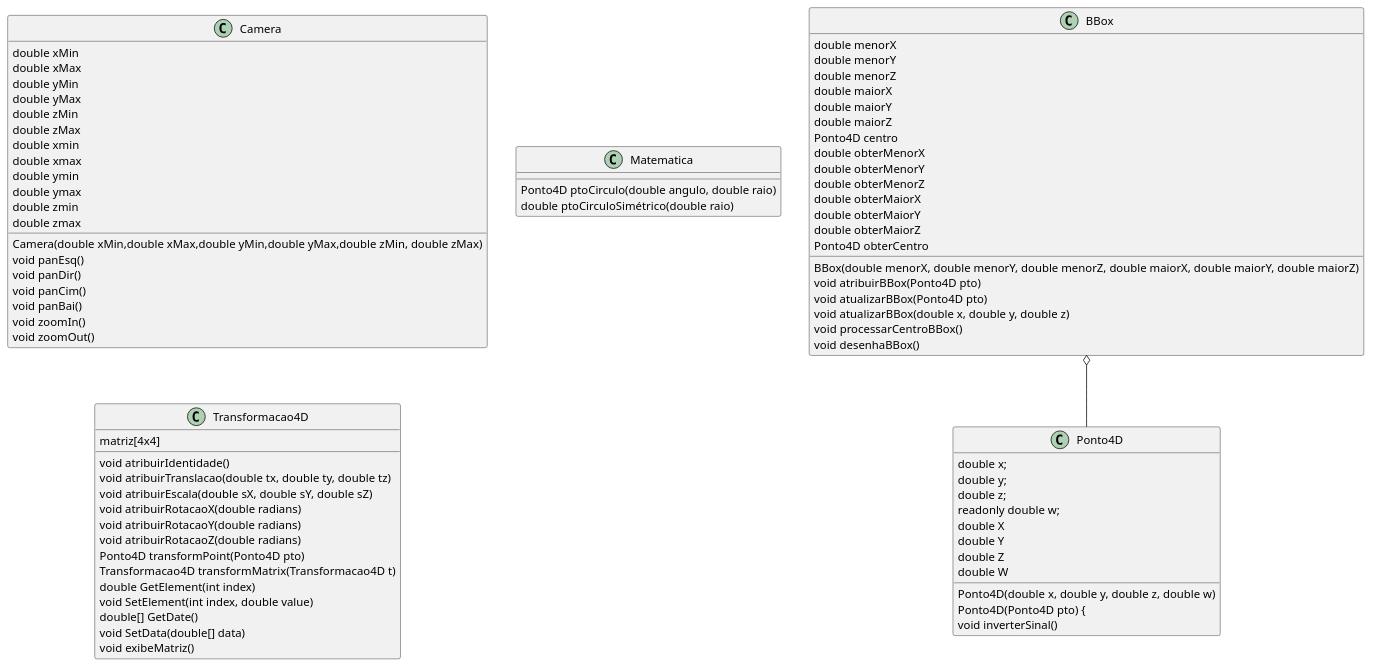
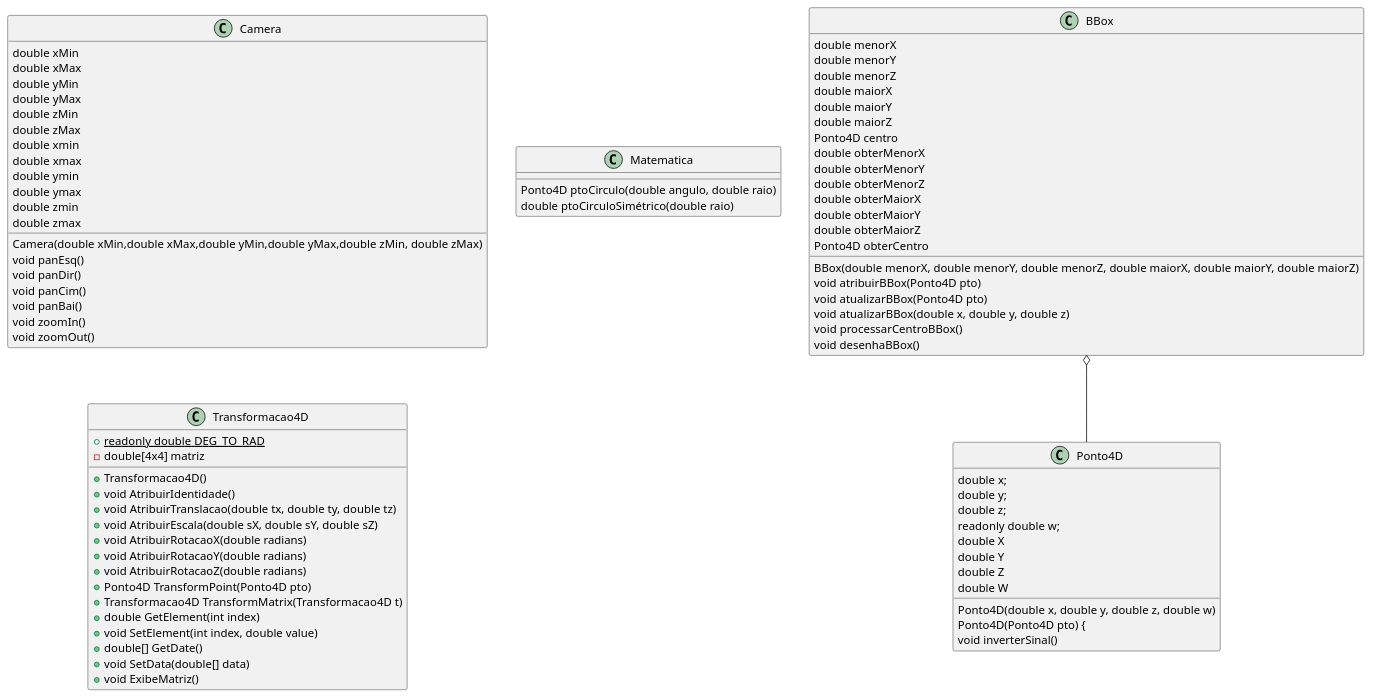
Before and after one commit to gustavospiess/gcg-cg: the diagram in CG_Biblioteca/docs/umlClasses.wsd, drawn with PlantUML. The commit also changed 1 other file, not shown here.

```diff
--- a/CG_Biblioteca/docs/umlClasses.wsd
+++ b/CG_Biblioteca/docs/umlClasses.wsd
@@ -2,75 +2,77 @@
 @startuml CG_Biblioteca
 
 BBox : double menorX
 BBox : double menorY
 BBox : double menorZ
 BBox : double maiorX
 BBox : double maiorY
 BBox : double maiorZ
 BBox : Ponto4D centro
 BBox : BBox(double menorX, double menorY, double menorZ, double maiorX, double maiorY, double maiorZ)
 BBox : void atribuirBBox(Ponto4D pto)	
 BBox : void atualizarBBox(Ponto4D pto)
 BBox : void atualizarBBox(double x, double y, double z)
 BBox : void processarCentroBBox()
 BBox : void desenhaBBox()
 BBox : double obterMenorX
 BBox : double obterMenorY
 BBox : double obterMenorZ
 BBox : double obterMaiorX
 BBox : double obterMaiorY
 BBox : double obterMaiorZ
 BBox : Ponto4D obterCentro
 BBox o-- Ponto4D
 
 Camera : double xMin
 Camera : double xMax
 Camera : double yMin
 Camera : double yMax
 Camera : double zMin
 Camera : double zMax
 Camera : Camera(double xMin,double xMax,double yMin,double yMax,double zMin, double zMax)
 Camera : double xmin
 Camera : double xmax
 Camera : double ymin
 Camera : double ymax
 Camera : double zmin
 Camera : double zmax
 Camera : void panEsq()
 Camera : void panDir()
 Camera : void panCim()
 Camera : void panBai()
 Camera : void zoomIn()
 Camera : void zoomOut()
 
 Matematica : Ponto4D ptoCirculo(double angulo, double raio)
 Matematica : double ptoCirculoSimétrico(double raio)
 
 Ponto4D : double x;
 Ponto4D : double y;
 Ponto4D : double z;
 Ponto4D : readonly double w;
 Ponto4D : Ponto4D(double x, double y, double z, double w)
 Ponto4D : Ponto4D(Ponto4D pto) {
 Ponto4D : double X
 Ponto4D : double Y
 Ponto4D : double Z
 Ponto4D : double W
 Ponto4D : void inverterSinal()
 
-Transformacao4D : matriz[4x4]
-Transformacao4D : void atribuirIdentidade()
-Transformacao4D : void atribuirTranslacao(double tx, double ty, double tz)
-Transformacao4D : void atribuirEscala(double sX, double sY, double sZ)
-Transformacao4D : void atribuirRotacaoX(double radians)
-Transformacao4D : void atribuirRotacaoY(double radians)
-Transformacao4D : void atribuirRotacaoZ(double radians)
-Transformacao4D : Ponto4D transformPoint(Ponto4D pto)
-Transformacao4D : Transformacao4D transformMatrix(Transformacao4D t)
-Transformacao4D : double GetElement(int index)
-Transformacao4D : void SetElement(int index, double value)
-Transformacao4D : double[] GetDate()
-Transformacao4D : void SetData(double[] data)
-Transformacao4D : void exibeMatriz()
+Transformacao4D : {static} + readonly double DEG_TO_RAD
+Transformacao4D : -double[4x4] matriz
+Transformacao4D : +Transformacao4D()
+Transformacao4D : +void AtribuirIdentidade()
+Transformacao4D : +void AtribuirTranslacao(double tx, double ty, double tz)
+Transformacao4D : +void AtribuirEscala(double sX, double sY, double sZ)
+Transformacao4D : +void AtribuirRotacaoX(double radians)
+Transformacao4D : +void AtribuirRotacaoY(double radians)
+Transformacao4D : +void AtribuirRotacaoZ(double radians)
+Transformacao4D : +Ponto4D TransformPoint(Ponto4D pto)
+Transformacao4D : +Transformacao4D TransformMatrix(Transformacao4D t)
+Transformacao4D : +double GetElement(int index)
+Transformacao4D : +void SetElement(int index, double value)
+Transformacao4D : +double[] GetDate()
+Transformacao4D : +void SetData(double[] data)
+Transformacao4D : +void ExibeMatriz()
 
 @enduml
```
